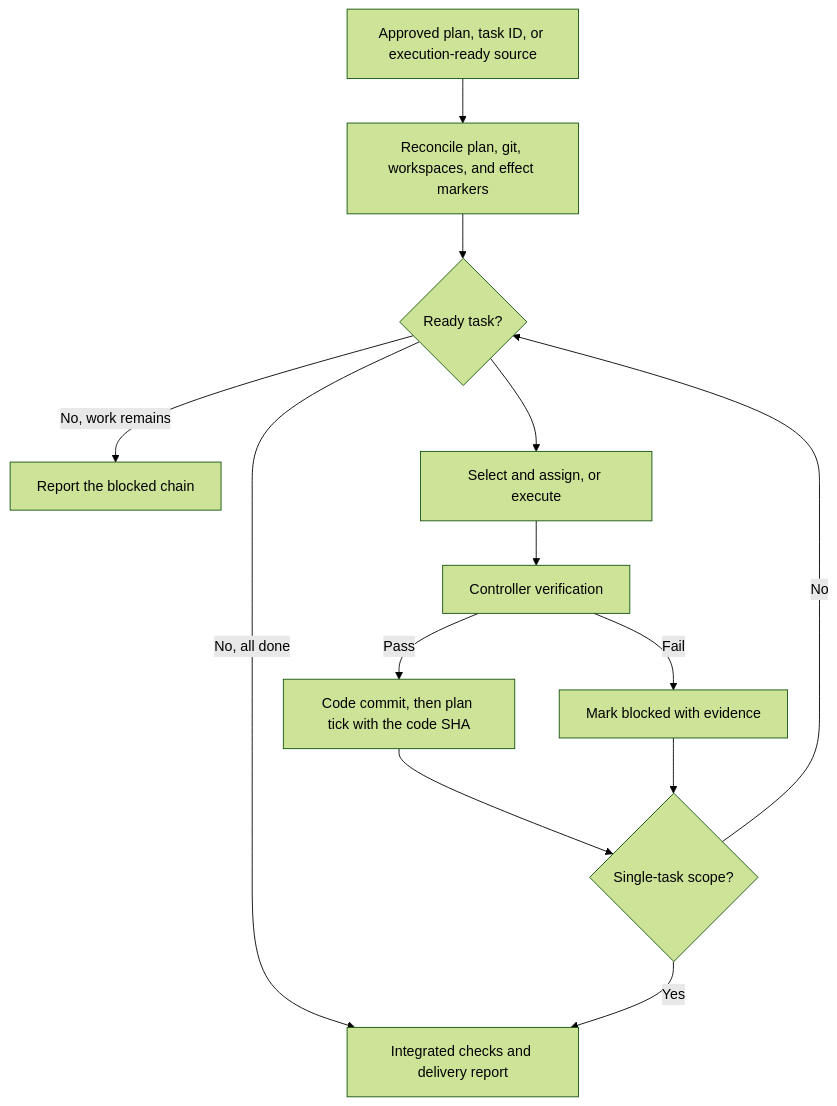
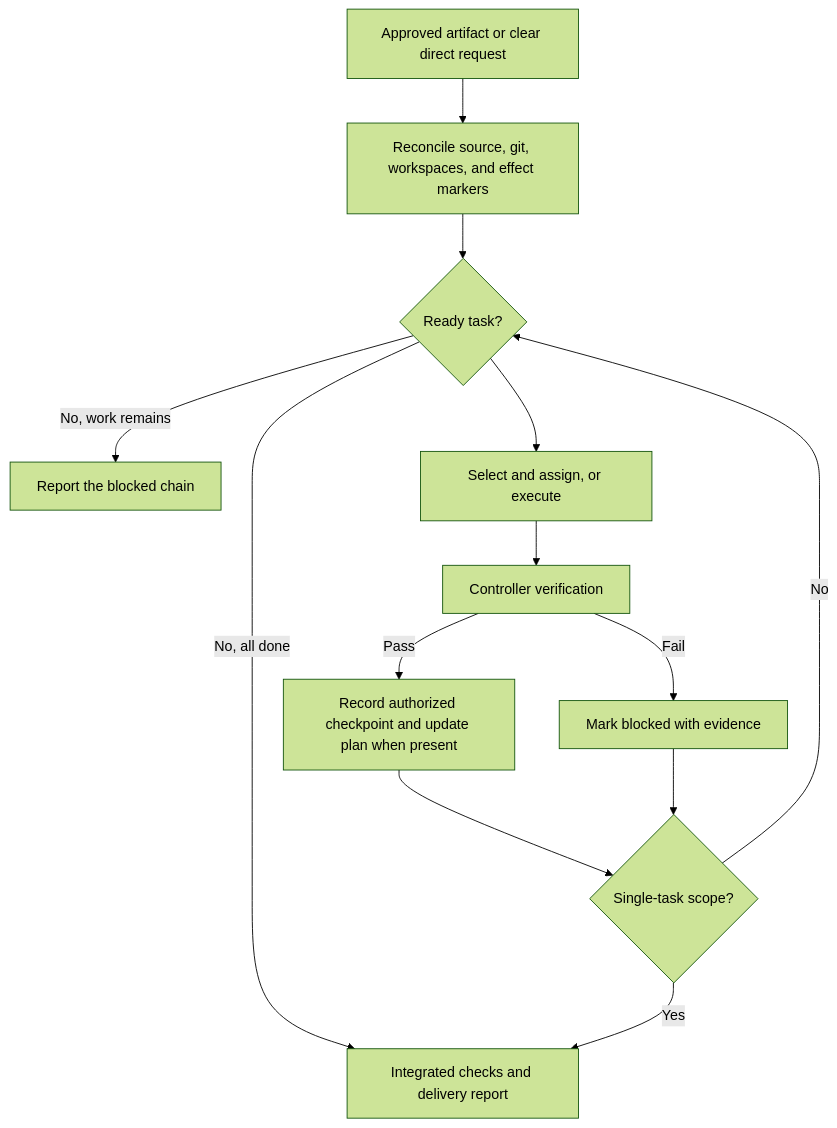
One commit to carlosboeing/agentic-toolkit changed the diagram in skills/start-implementation/README.md. Above: the diagram before and after it, drawn with Mermaid (forest theme). The commit also changed other lines of this file and 17 other files, not shown here.

````diff
--- a/skills/start-implementation/README.md
+++ b/skills/start-implementation/README.md
@@ -13,15 +13,15 @@
 ```mermaid
 flowchart TB
-    Source["Approved plan, task ID, or execution-ready source"] --> Reconcile["Reconcile plan, git, workspaces, and effect markers"]
+    Source["Approved artifact or clear direct request"] --> Reconcile["Reconcile source, git, workspaces, and effect markers"]
     Reconcile --> Ready{"Ready task?"}
     Ready -->|"No, work remains"| Blocked["Report the blocked chain"]
     Ready -->|"No, all done"| Report["Integrated checks and delivery report"]
     Ready --> Yes["Select and assign, or execute"]
     Yes --> Verify["Controller verification"]
-    Verify -->|"Pass"| Progress["Code commit, then plan tick with the code SHA"]
+    Verify -->|"Pass"| Progress["Record authorized checkpoint and update plan when present"]
     Verify -->|"Fail"| Block["Mark blocked with evidence"]
     Progress --> Scope{"Single-task scope?"}
     Block --> Scope
     Scope -->|"Yes"| Report
     Scope -->|"No"| Ready
 ```
````
